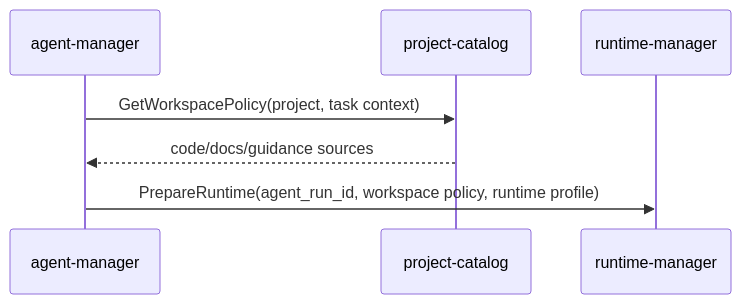
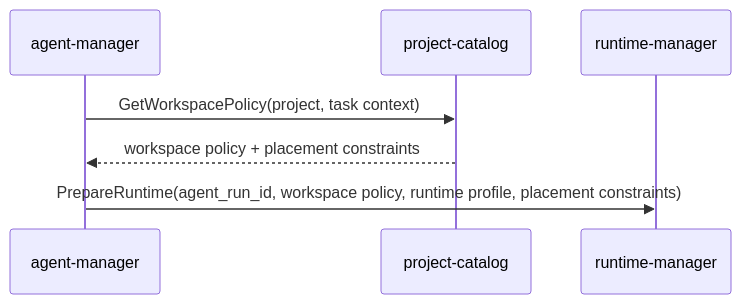
Before and after one commit to codex-k8s/kodex: the third of 3 diagrams in docs/domains/projects-and-repositories/architecture/design.md, drawn with Mermaid. The commit also changed 3 other files, not shown here.

Commit message:
Clarify runtime placement boundary

````diff
--- a/docs/domains/projects-and-repositories/architecture/design.md
+++ b/docs/domains/projects-and-repositories/architecture/design.md
@@ -114,9 +114,9 @@
 ```mermaid
 sequenceDiagram
   participant AM as agent-manager
   participant P as project-catalog
   participant R as runtime-manager
   AM->>P: GetWorkspacePolicy(project, task context)
-  P-->>AM: code/docs/guidance sources
-  AM->>R: PrepareRuntime(agent_run_id, workspace policy, runtime profile)
+  P-->>AM: workspace policy + placement constraints
+  AM->>R: PrepareRuntime(agent_run_id, workspace policy, runtime profile, placement constraints)
 ```
````
